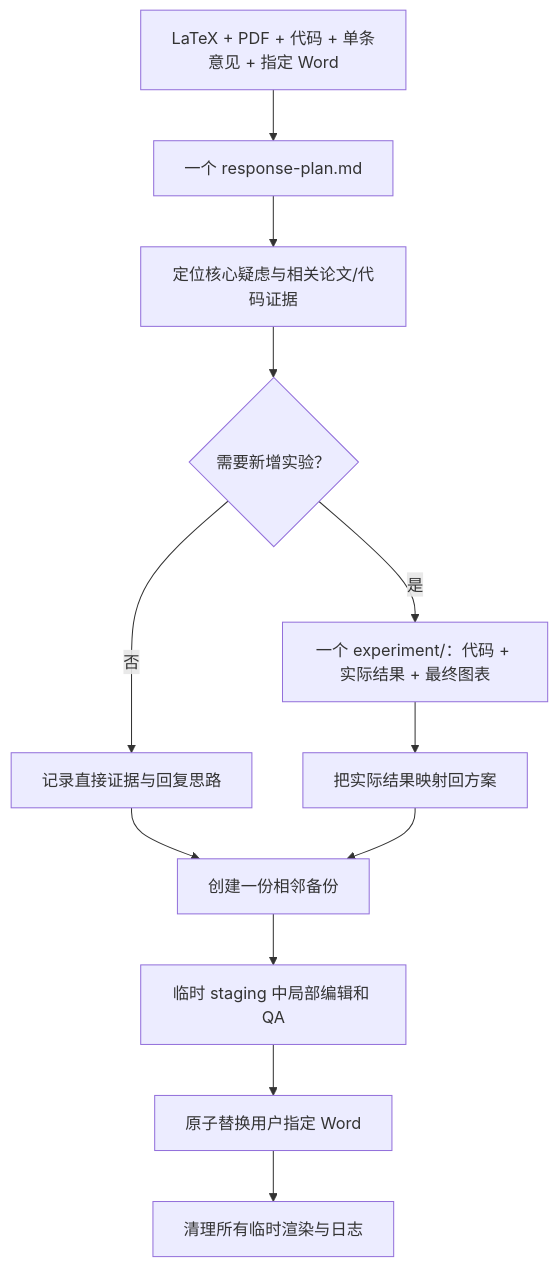
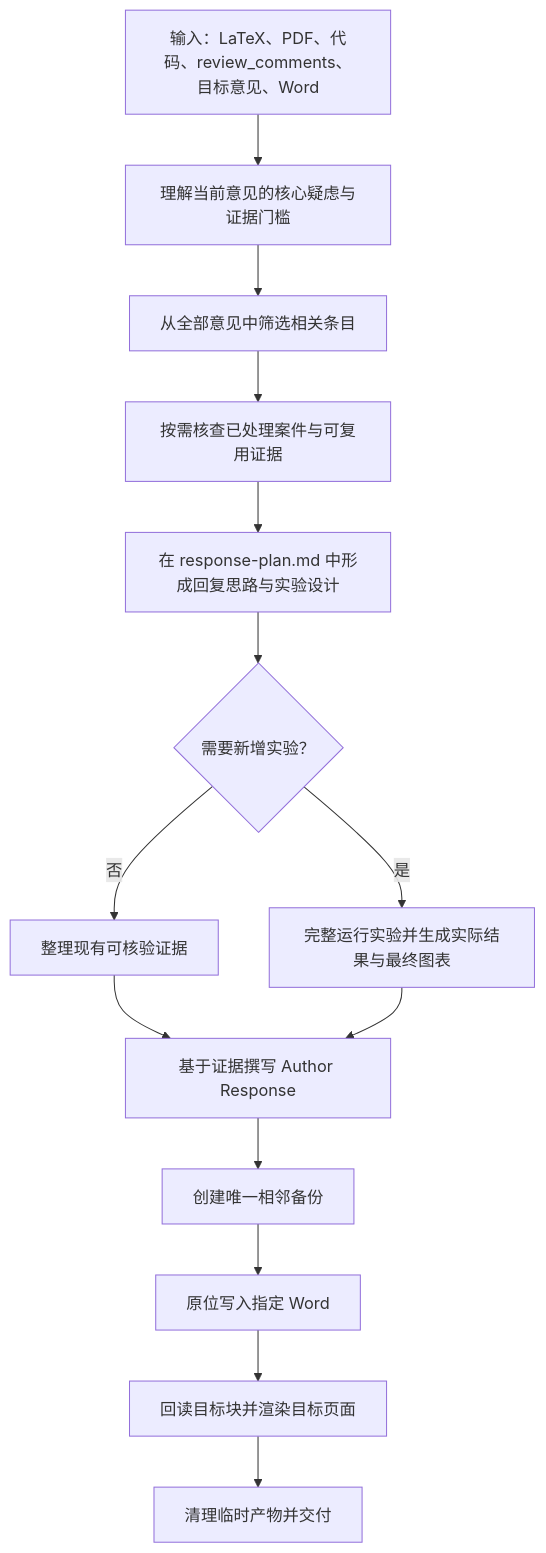
The diagram in README.md (whiteMo0623/ieee-transactions-review-response-engineer), drawn with Mermaid before and after one commit. The commit also changed other lines of this file and 4 other files, not shown here.

````diff
--- a/README.md
+++ b/README.md
@@ -53,14 +42,16 @@
 ```mermaid
 flowchart TD
-    A["LaTeX + PDF + 代码 + 单条意见 + 指定 Word"] --> B["一个 response-plan.md"]
-    B --> C["定位核心疑虑与相关论文/代码证据"]
-    C --> D{"需要新增实验？"}
-    D -- "否" --> E["记录直接证据与回复思路"]
-    D -- "是" --> F["一个 experiment/：代码 + 实际结果 + 最终图表"]
-    F --> G["把实际结果映射回方案"]
-    E --> H["创建一份相邻备份"]
-    G --> H
-    H --> I["临时 staging 中局部编辑和 QA"]
-    I --> J["原子替换用户指定 Word"]
-    J --> K["清理所有临时渲染与日志"]
+    A["输入：LaTeX、PDF、代码、review_comments、目标意见、Word"] --> B["理解当前意见的核心疑虑与证据门槛"]
+    B --> C["从全部意见中筛选相关条目"]
+    C --> D["按需核查已处理案件与可复用证据"]
+    D --> E["在 response-plan.md 中形成回复思路与实验设计"]
+    E --> F{"需要新增实验？"}
+    F -- "否" --> G["整理现有可核验证据"]
+    F -- "是" --> H["完整运行实验并生成实际结果与最终图表"]
+    G --> I["基于证据撰写 Author Response"]
+    H --> I
+    I --> J["创建唯一相邻备份"]
+    J --> K["原位写入指定 Word"]
+    K --> L["回读目标块并渲染目标页面"]
+    L --> M["清理临时产物并交付"]
 ```
````
